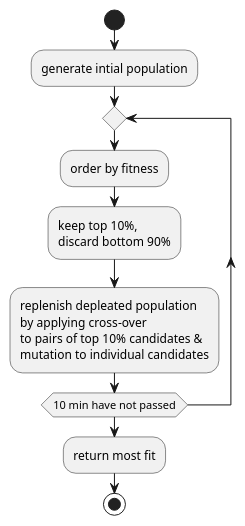
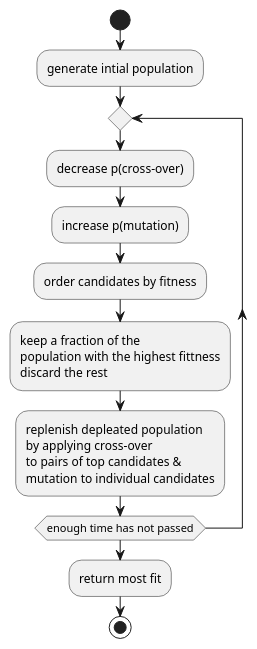
One commit to nl253/CO636-Essay changed the diagram in algo.puml. Above: the diagram before and after it, drawn with PlantUML. The commit also changed 1 other file, not shown here.

Commit message:
Add Adaptive GA component to UML

```diff
--- a/algo.puml
+++ b/algo.puml
@@ -1,15 +1,17 @@
 @startuml
 
 start
 
 :generate intial population;
 
 repeat 
-  :order by fitness;
-  :keep top 10%,\ndiscard bottom 90%;
-  :replenish depleated population\nby applying cross-over\nto pairs of top 10% candidates &\nmutation to individual candidates;
-repeat while (10 min have not passed)
+  :decrease p(cross-over);
+  :increase p(mutation);
+  :order candidates by fitness;
+  :keep a fraction of the\npopulation with the highest fittness\ndiscard the rest;
+  :replenish depleated population\nby applying cross-over\nto pairs of top candidates &\nmutation to individual candidates;
+repeat while (enough time has not passed)
 :return most fit;
 stop
 
 @enduml
```
